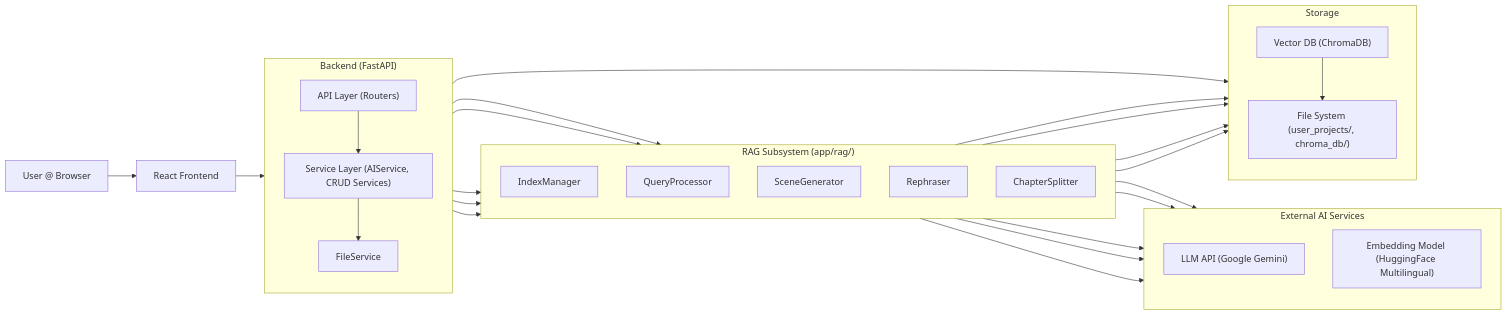
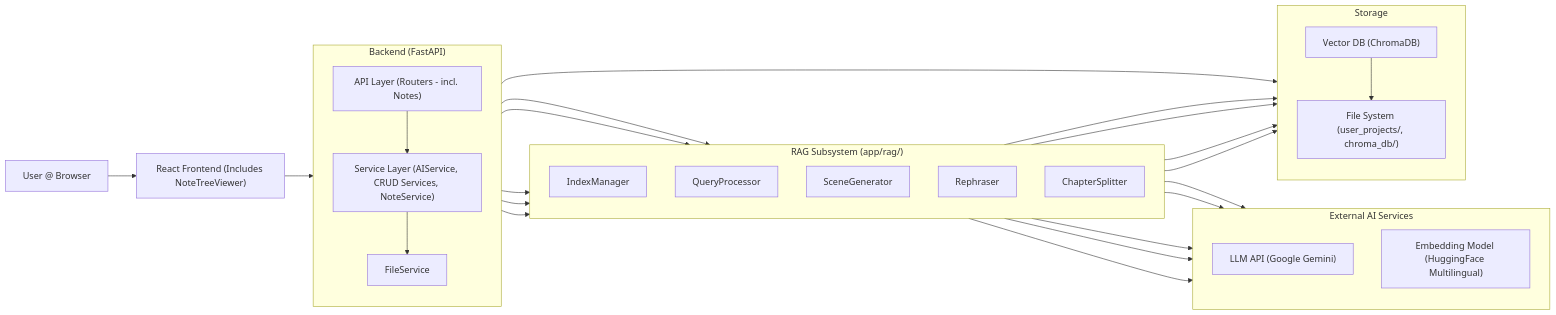
The diagram in docs/architecture.md (Antimortine/codex-ai), drawn with Mermaid before and after one commit. The commit also changed other lines of this file and 2 other files, not shown here.

First line of the commit message:
docs: Update README, architecture, design for Notes feature

````diff
--- a/docs/architecture.md
+++ b/docs/architecture.md
@@ -14,63 +13,63 @@
 ```mermaid
 graph LR
     %% Define Nodes
     User["User @ Browser"]
-    Frontend["React Frontend"]
+    Frontend["React Frontend (Includes NoteTreeViewer)"]
 
     subgraph "Backend (FastAPI)"
         direction TB
-        API["API Layer (Routers)"]
-        Services["Service Layer (AIService, CRUD Services)"]
+        API["API Layer (Routers - incl. Notes)"]
+        Services["Service Layer (AIService, CRUD Services, NoteService)"]
         FS["FileService"]
         API --> Services
         Services --> FS
     end
 
     subgraph "RAG Subsystem (app/rag/)"
         direction TB
         IM["IndexManager"]
         QP["QueryProcessor"]
         SG["SceneGenerator"]
         RP["Rephraser"]
         CS["ChapterSplitter"]
     end
 
     subgraph "External AI Services"
         direction TB
         LLM["LLM API (Google Gemini)"]
         EMB["Embedding Model (HuggingFace Multilingual)"]
     end
 
     subgraph "Storage"
         direction TB
         VDB["Vector DB (ChromaDB)"]
         STORE["File System (user_projects/, chroma_db/)"]
         VDB --> STORE
     end
 
     %% Define Connections (Simplified Arrows)
     User --> Frontend
     Frontend --> API
 
     Services --> QP
     Services --> SG
     Services --> RP
     Services --> CS
     Services --> IM
 
     FS --> STORE
 
     IM --> EMB
     IM --> VDB
 
     QP --> VDB
     QP --> LLM
 
     SG --> VDB
     SG --> LLM
 
     RP --> VDB
     RP --> LLM
 
     CS --> LLM
 ```
````
